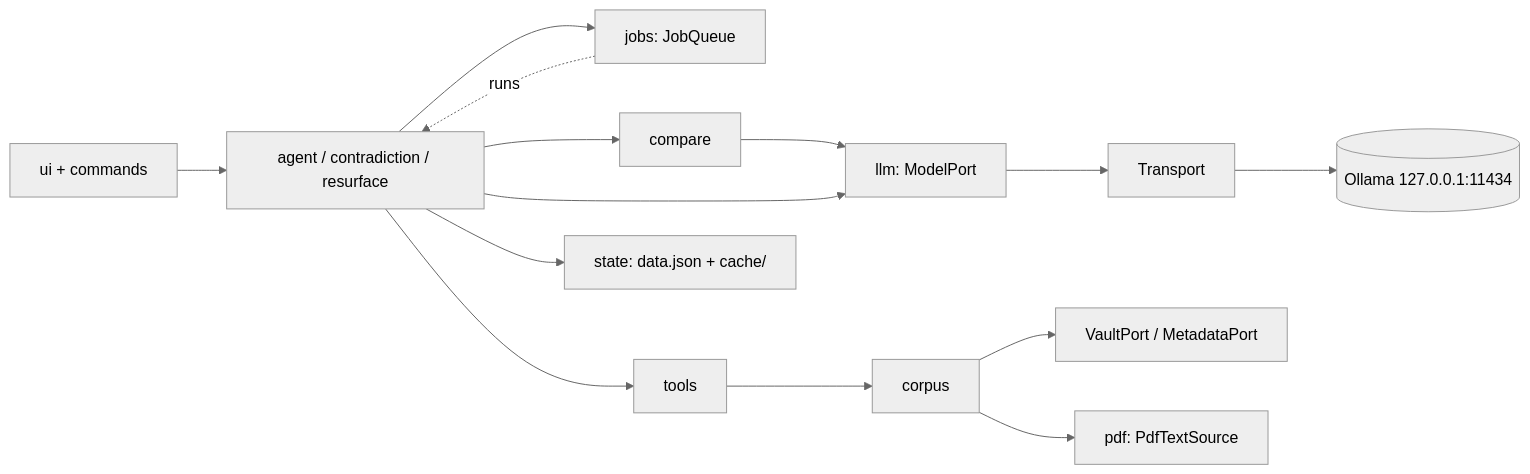
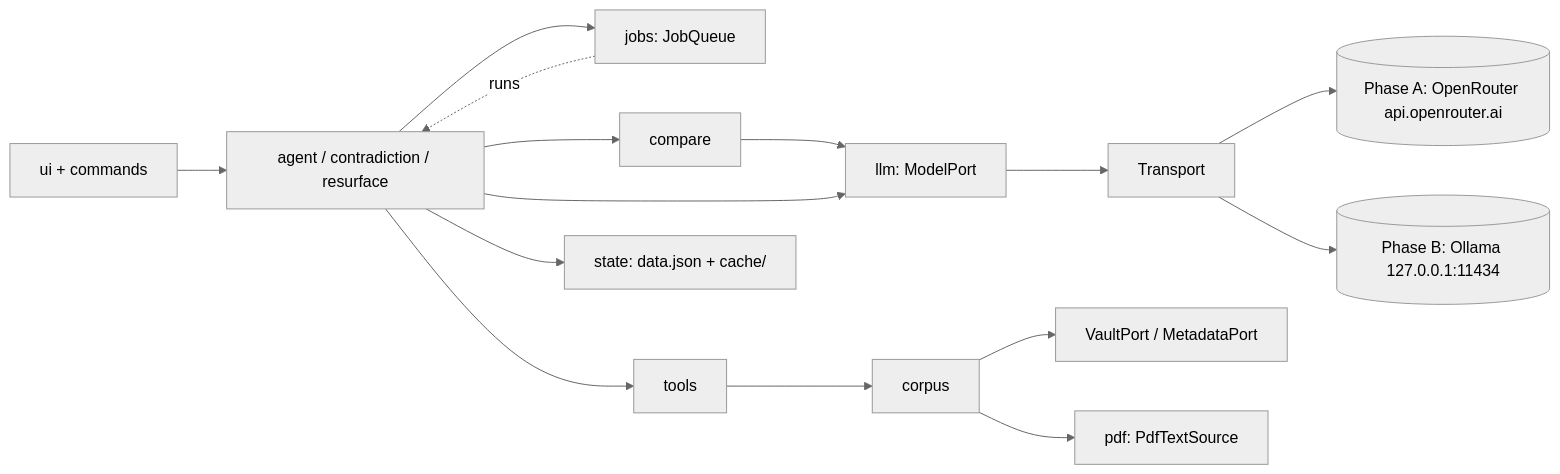
Before and after one commit to clerisy47/Synapse: the first of 2 diagrams in DESIGN.md, drawn with Mermaid (neutral theme). The commit also changed other lines of this file and 16 other files, not shown here.

````diff
--- a/DESIGN.md
+++ b/DESIGN.md
@@ -107,16 +112,17 @@
 ```mermaid
 flowchart LR
   UI["ui + commands"] --> F["agent / contradiction / resurface"]
   F --> Q["jobs: JobQueue"]
   F --> T["tools"]
   T --> C["corpus"]
   F --> CMP["compare"]
   CMP --> M["llm: ModelPort"]
   F --> M
   Q -. "runs" .-> F
   M --> TR["Transport"]
-  TR --> OL[("Ollama 127.0.0.1:11434")]
+  TR --> OR[("Phase A: OpenRouter api.openrouter.ai")]
+  TR --> OL[("Phase B: Ollama 127.0.0.1:11434")]
   C --> VP["VaultPort / MetadataPort"]
   C --> PDF["pdf: PdfTextSource"]
   F --> ST["state: data.json + cache/"]
 ```
````
